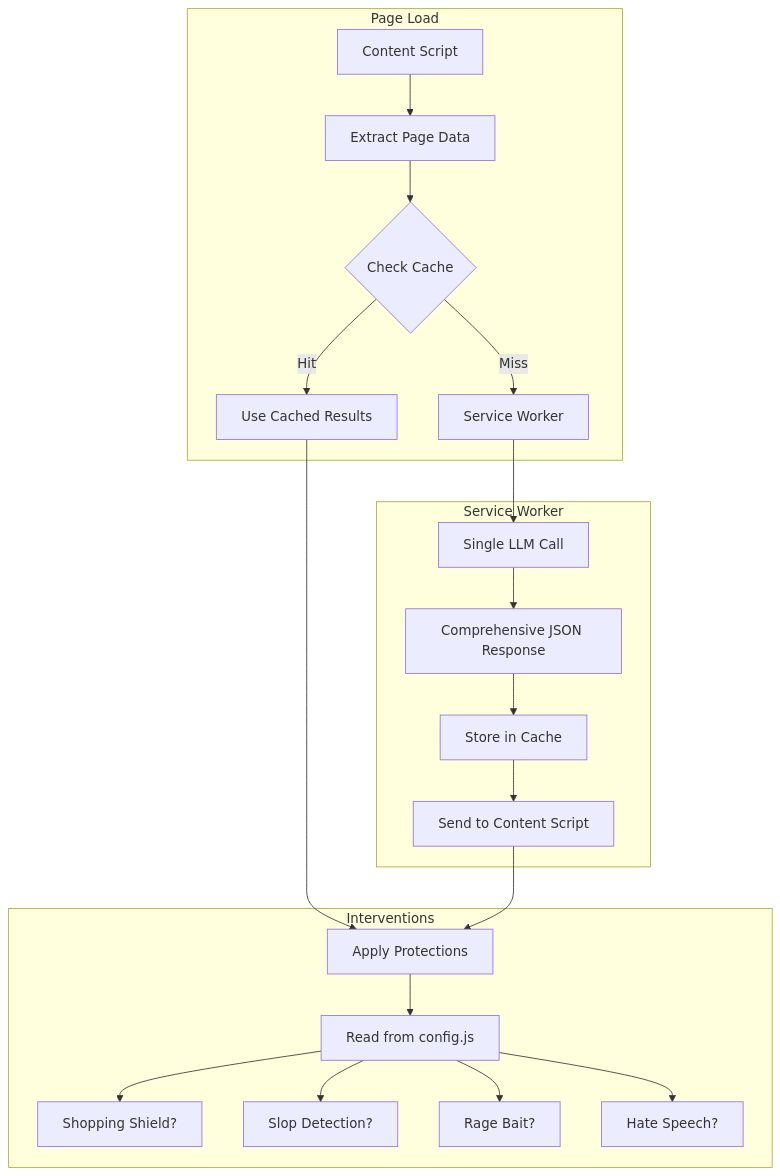
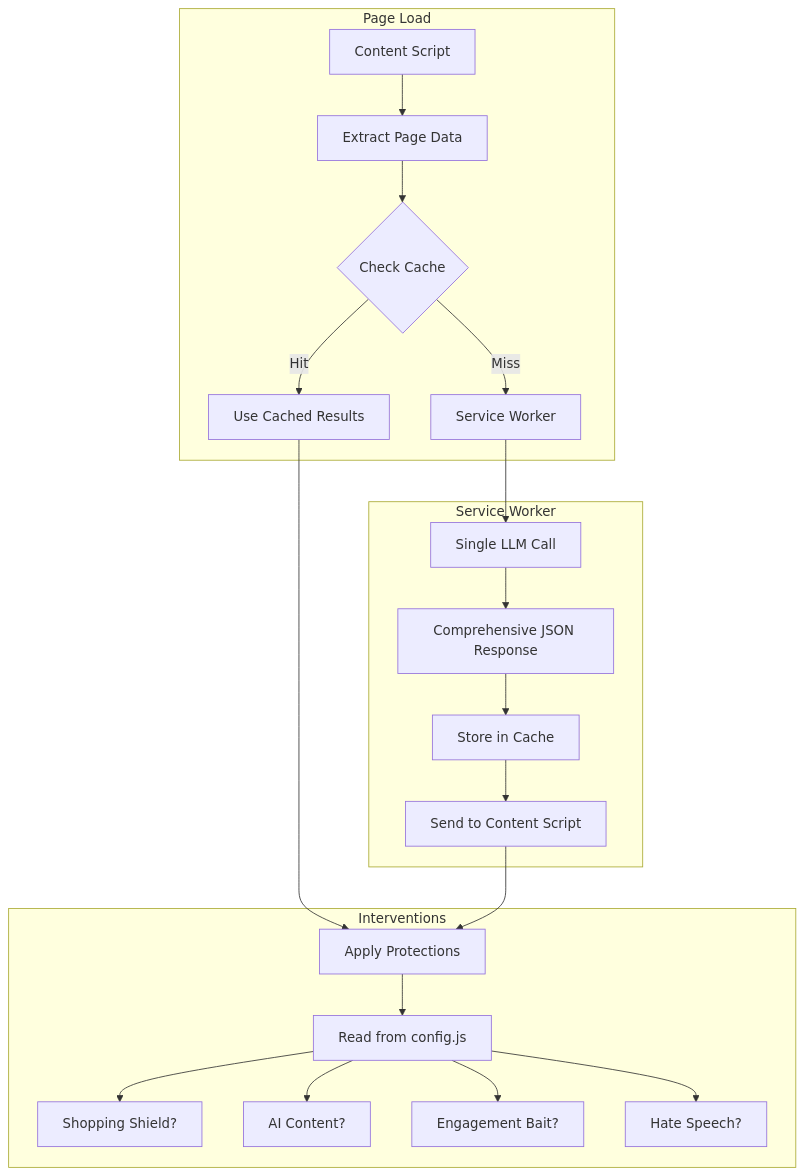
The diagram in plans/refactor-plan.md (Vsbs14/Hack_NCState_2026), drawn with Mermaid before and after one commit. The commit also changed other lines of this file and 6 other files, not shown here.

````diff
--- a/plans/refactor-plan.md
+++ b/plans/refactor-plan.md
@@ -11,26 +11,26 @@
 ```mermaid
 flowchart TB
     subgraph Page Load
         CS[Content Script] --> Extract[Extract Page Data]
         Extract --> Cache{Check Cache}
         Cache -->|Hit| UseCache[Use Cached Results]
         Cache -->|Miss| SW[Service Worker]
     end
     
     subgraph Service Worker
         SW --> LLM[Single LLM Call]
         LLM --> JSON[Comprehensive JSON Response]
         JSON --> Store[Store in Cache]
         Store --> Broadcast[Send to Content Script]
     end
     
     subgraph Interventions
         UseCache --> Apply
         Broadcast --> Apply[Apply Protections]
         Apply --> Config[Read from config.js]
         Config --> Shopping[Shopping Shield?]
-        Config --> Slop[Slop Detection?]
-        Config --> Rage[Rage Bait?]
+        Config --> AIContent[AI Content?]
+        Config --> Engagement[Engagement Bait?]
         Config --> Hate[Hate Speech?]
     end
 ```
````
